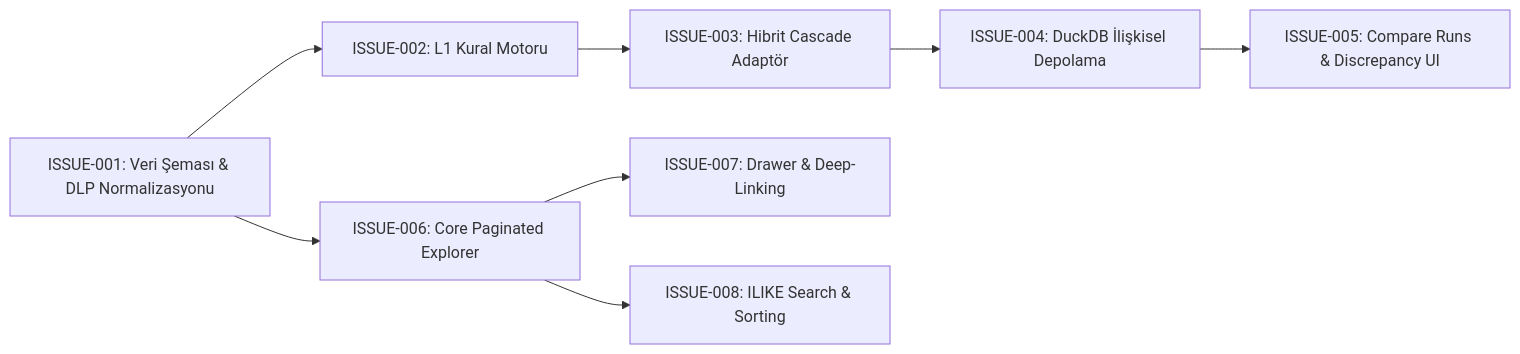
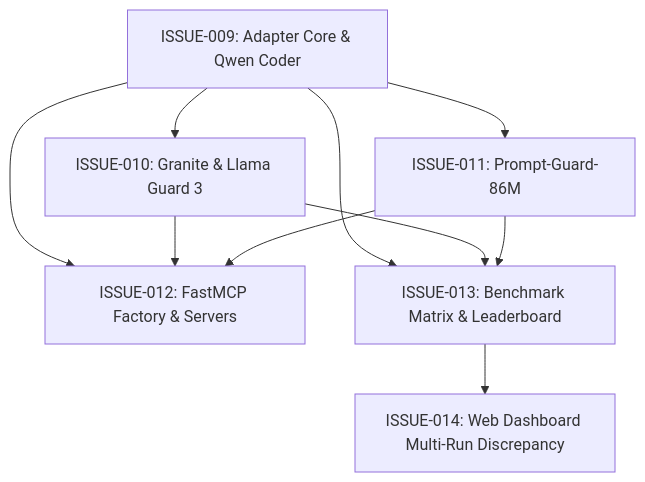
Before and after one commit to kurtfi/FaradAiBenchmark: the diagram in docs/issues/README.md, drawn with Mermaid. The commit also changed other lines of this file and 13 other files, not shown here.

First line of the commit message:
feat(adapters): implement decoupled adapter core and Qwen2.5-Coder MLX adapter (ISSUE-009)

````diff
--- a/docs/issues/README.md
+++ b/docs/issues/README.md
@@ -19,10 +22,12 @@
 ```mermaid
-graph LR
-    ISSUE001[ISSUE-001: Veri Şeması & DLP Normalizasyonu] --> ISSUE002[ISSUE-002: L1 Kural Motoru]
-    ISSUE002 --> ISSUE003[ISSUE-003: Hibrit Cascade Adaptör]
-    ISSUE003 --> ISSUE004[ISSUE-004: DuckDB İlişkisel Depolama]
-    ISSUE004 --> ISSUE005[ISSUE-005: Compare Runs & Discrepancy UI]
-    ISSUE001 --> ISSUE006[ISSUE-006: Core Paginated Explorer]
-    ISSUE006 --> ISSUE007[ISSUE-007: Drawer & Deep-Linking]
-    ISSUE006 --> ISSUE008[ISSUE-008: ILIKE Search & Sorting]
+graph TD
+    ISSUE009[ISSUE-009: Adapter Core & Qwen Coder] --> ISSUE010[ISSUE-010: Granite & Llama Guard 3]
+    ISSUE009 --> ISSUE011[ISSUE-011: Prompt-Guard-86M]
+    ISSUE009 --> ISSUE012[ISSUE-012: FastMCP Factory & Servers]
+    ISSUE010 --> ISSUE012
+    ISSUE011 --> ISSUE012
+    ISSUE009 --> ISSUE013[ISSUE-013: Benchmark Matrix & Leaderboard]
+    ISSUE010 --> ISSUE013
+    ISSUE011 --> ISSUE013
+    ISSUE013 --> ISSUE014[ISSUE-014: Web Dashboard Multi-Run Discrepancy]
 ```
````
